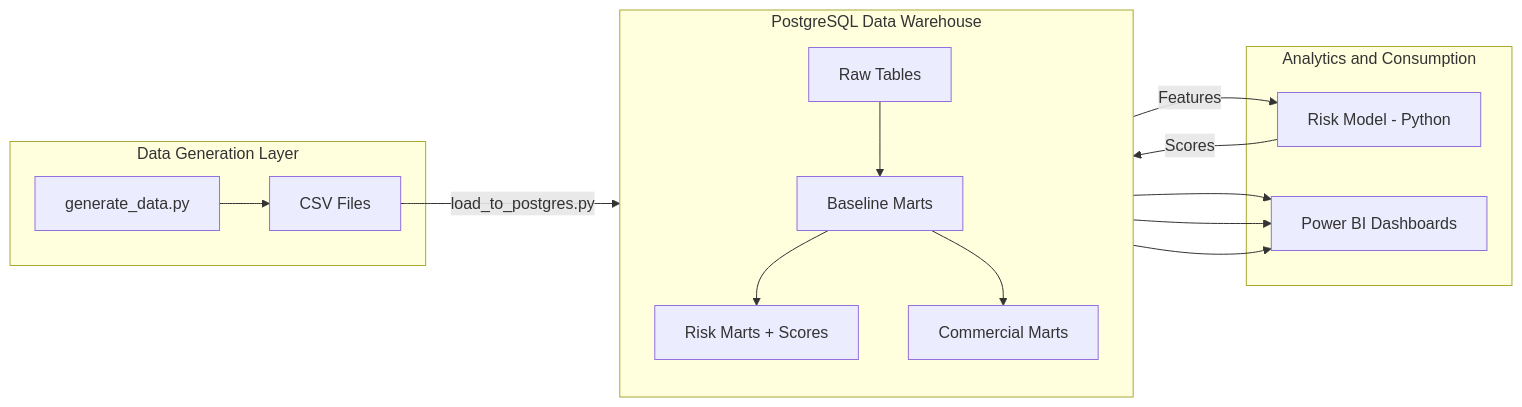
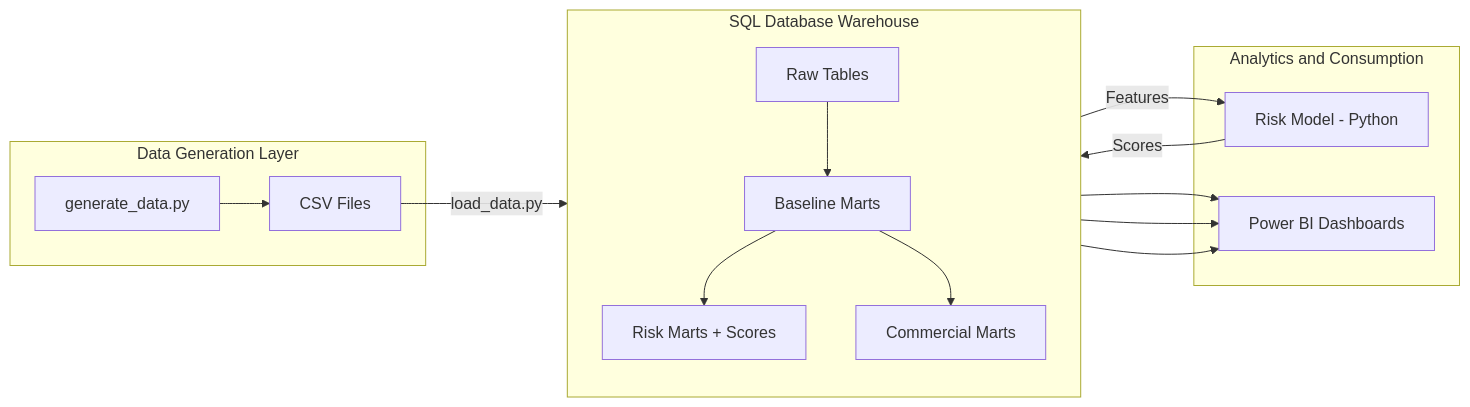
The first of 2 diagrams in docs/architecture.md (edison1006/Financial-Industry-Risk-Data-Analysis), drawn with Mermaid before and after one commit. The commit also changed other lines of this file and 47 other files, not shown here.

````diff
--- a/docs/architecture.md
+++ b/docs/architecture.md
@@ -7,31 +7,31 @@
 ```mermaid
 flowchart LR
   subgraph generation [Data Generation Layer]
     GenPy[generate_data.py]
     CSV[CSV Files]
     GenPy --> CSV
   end
 
-  subgraph postgres [PostgreSQL Data Warehouse]
+  subgraph database [SQL Database Warehouse]
     direction TB
     Raw[Raw Tables]
     BaseMarts[Baseline Marts]
     RiskMarts[Risk Marts + Scores]
     CommMarts[Commercial Marts]
     Raw --> BaseMarts
     BaseMarts --> RiskMarts
     BaseMarts --> CommMarts
   end
 
   subgraph analytics [Analytics and Consumption]
     RiskModel[Risk Model - Python]
     PowerBI[Power BI Dashboards]
   end
 
-  CSV -->|load_to_postgres.py| Raw
+  CSV -->|load_data.py| Raw
   RiskMarts -->|Features| RiskModel
   RiskModel -->|Scores| RiskMarts
   BaseMarts --> PowerBI
   RiskMarts --> PowerBI
   CommMarts --> PowerBI
 ```
````
